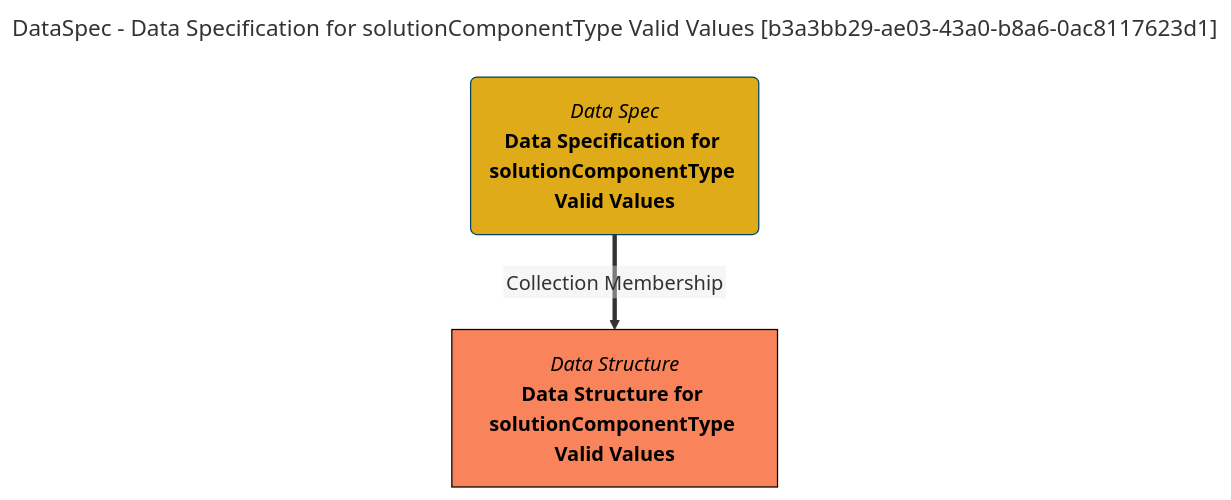
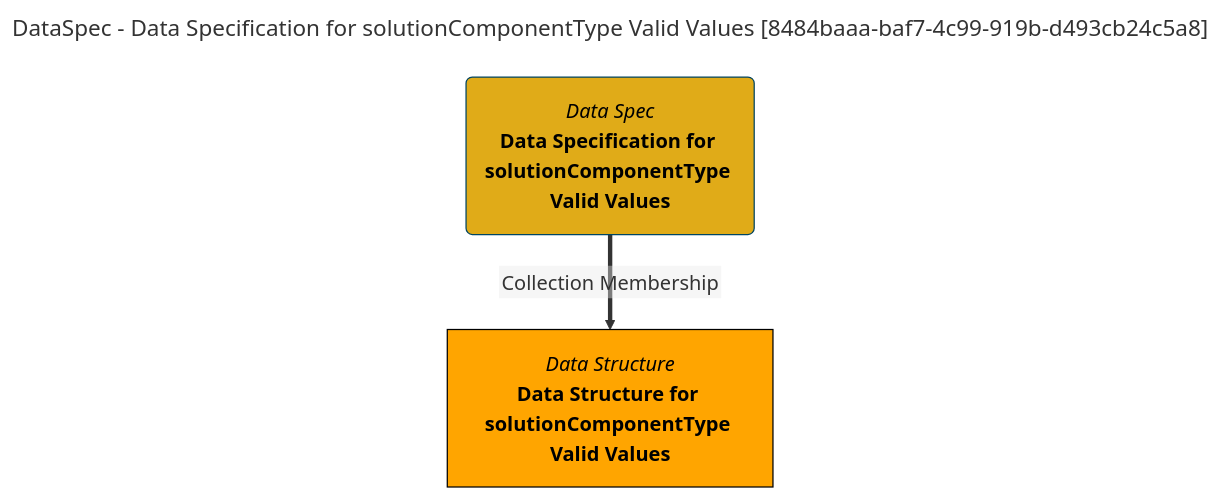
One commit to odpi/egeria-docs changed the diagram in site/snippets/collections/data-specs/data-specification-for-solutioncomponenttype-valid-values-mermaid-graph.md. Above: the diagram before and after it, drawn with Mermaid. The commit also changed 2201 other files, not shown here.

````diff
--- a/site/snippets/collections/data-specs/data-specification-for-solutioncomponenttype-valid-values-mermaid-graph.md
+++ b/site/snippets/collections/data-specs/data-specification-for-solutioncomponenttype-valid-values-mermaid-graph.md
@@ -1,15 +1,15 @@
 ```mermaid
 ---
-title: DataSpec - Data Specification for solutionComponentType Valid Values [b3a3bb29-ae03-43a0-b8a6-0ac8117623d1]
+title: DataSpec - Data Specification for solutionComponentType Valid Values [8484baaa-baf7-4c99-919b-d493cb24c5a8]
 ---
 flowchart TD
 %%{init: {"flowchart": {"htmlLabels": false}} }%%
 
 1@{ shape: rounded, label: "*Data Spec*
 **Data Specification for solutionComponentType Valid Values**"}
 2@{ shape: rect, label: "*Data Structure*
 **Data Structure for solutionComponentType Valid Values**"}
 1==>|"Collection Membership"|2
 style 1 color:#000000, fill:#e0ab18, stroke:#004563
-style 2 color:#000000, fill:#f9845b, stroke:#000000
+style 2 color:#000000, fill:#FFA500, stroke:#000000
 ```
````
